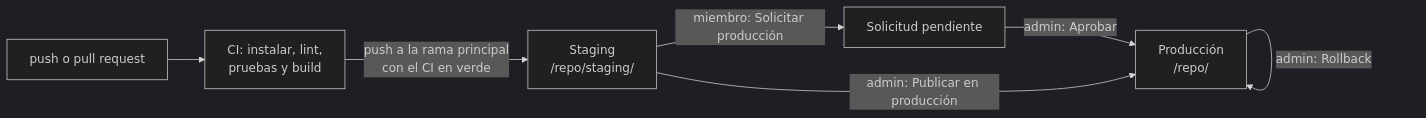
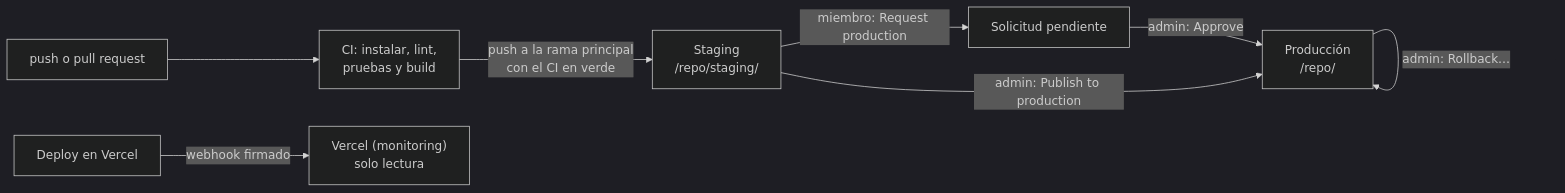
Before and after one commit to PabloP150/proyecto-is-cc6: the diagram in documentacion/07-guias/guia-cicd.md, drawn with Mermaid (dark theme). The commit also changed other lines of this file and 204 other files, not shown here.

First line of the commit message:
docs: update all documentation, diagrams and PNGs to the test/e2e state

````diff
--- a/documentacion/07-guias/guia-cicd.md
+++ b/documentacion/07-guias/guia-cicd.md
@@ -12,9 +13,10 @@
 ```mermaid
 flowchart LR
     PUSH["push o pull request"] --> CI["CI: instalar, lint,<br/>pruebas y build"]
     CI -->|"push a la rama principal<br/>con el CI en verde"| STG["Staging<br/>/repo/staging/"]
-    STG -->|"miembro: Solicitar producción"| REQ["Solicitud pendiente"]
-    REQ -->|"admin: Aprobar"| PROD["Producción<br/>/repo/"]
-    STG -->|"admin: Publicar en producción"| PROD
-    PROD -->|"admin: Rollback"| PROD
+    STG -->|"miembro: Request production"| REQ["Solicitud pendiente"]
+    REQ -->|"admin: Approve"| PROD["Producción<br/>/repo/"]
+    STG -->|"admin: Publish to production"| PROD
+    PROD -->|"admin: Rollback…"| PROD
+    VER["Deploy en Vercel"] -->|"webhook firmado"| MON["Vercel (monitoring)<br/>solo lectura"]
 ```
````
